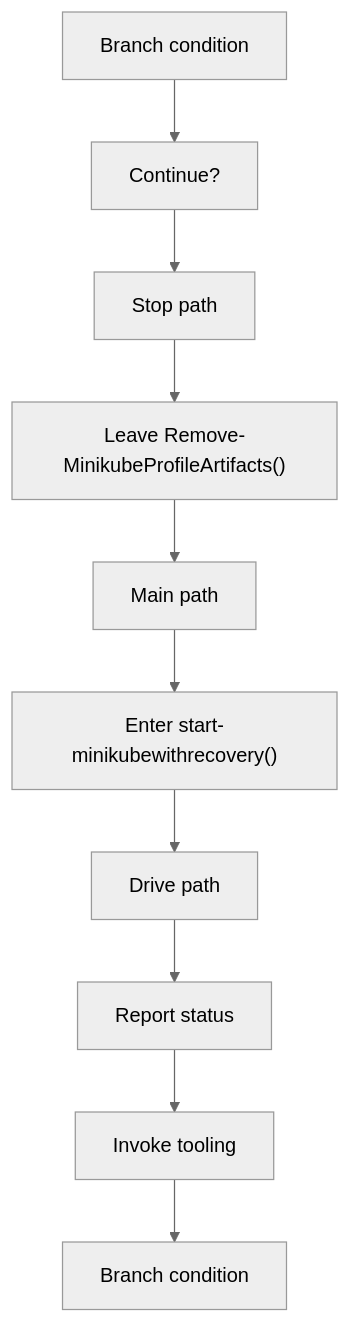
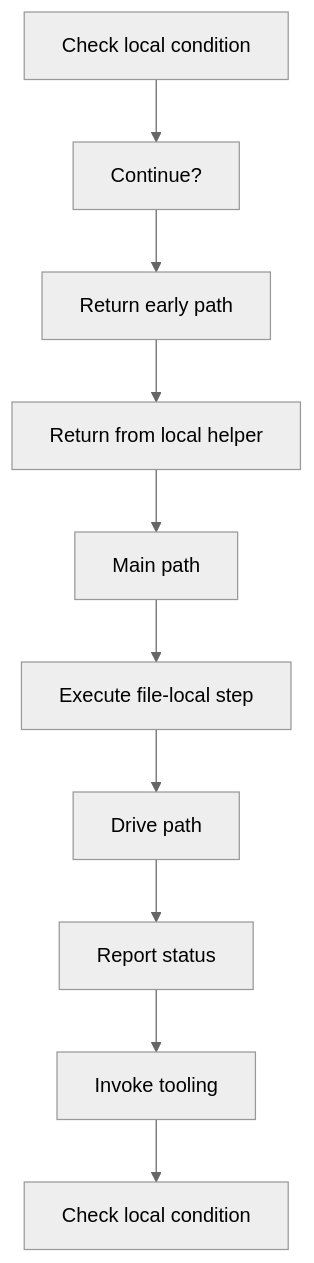
Before and after one commit to JohnAndrewBalbarosa/NeoTerritory: the third of 6 diagrams in docs/Codebase/Infrastructure/session-orchestration/bootstrap_and_deploy/bootstrap_and_deploy_program_flow_02.ps1.md, drawn with Mermaid (neutral theme). The commit also changed other lines of this file and 915 other files, not shown here.

````diff
--- a/docs/Codebase/Infrastructure/session-orchestration/bootstrap_and_deploy/bootstrap_and_deploy_program_flow_02.ps1.md
+++ b/docs/Codebase/Infrastructure/session-orchestration/bootstrap_and_deploy/bootstrap_and_deploy_program_flow_02.ps1.md
@@ -55,22 +55,22 @@
 ```mermaid
 flowchart TD
-    N0["Branch condition"]
+    N0["Check local condition"]
     N1["Continue?"]
-    N2["Stop path"]
-    N3["Leave Remove-MinikubeProfileArtifacts()"]
+    N2["Return early path"]
+    N3["Return from local helper"]
     N4["Main path"]
-    N5["Enter start-minikubewithrecovery()"]
+    N5["Execute file-local step"]
     N6["Drive path"]
     N7["Report status"]
     N8["Invoke tooling"]
-    N9["Branch condition"]
+    N9["Check local condition"]
     N0 --> N1
     N1 --> N2
     N2 --> N3
     N3 --> N4
     N4 --> N5
     N5 --> N6
     N6 --> N7
     N7 --> N8
     N8 --> N9
 ```
````
